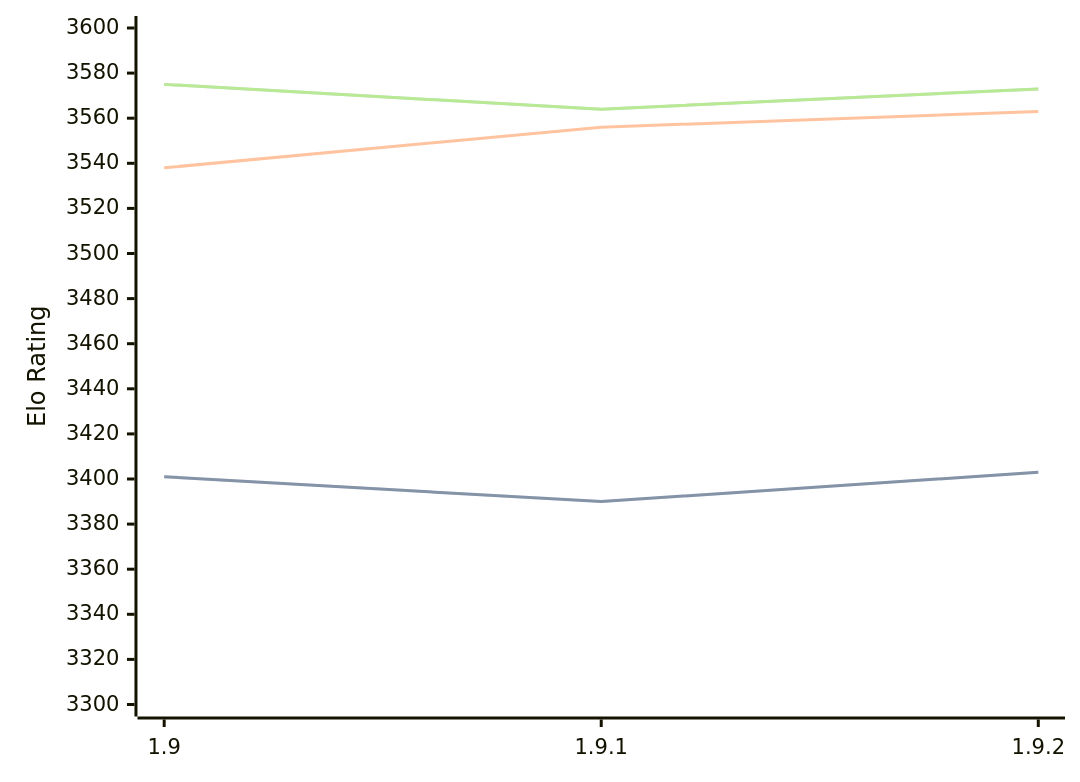
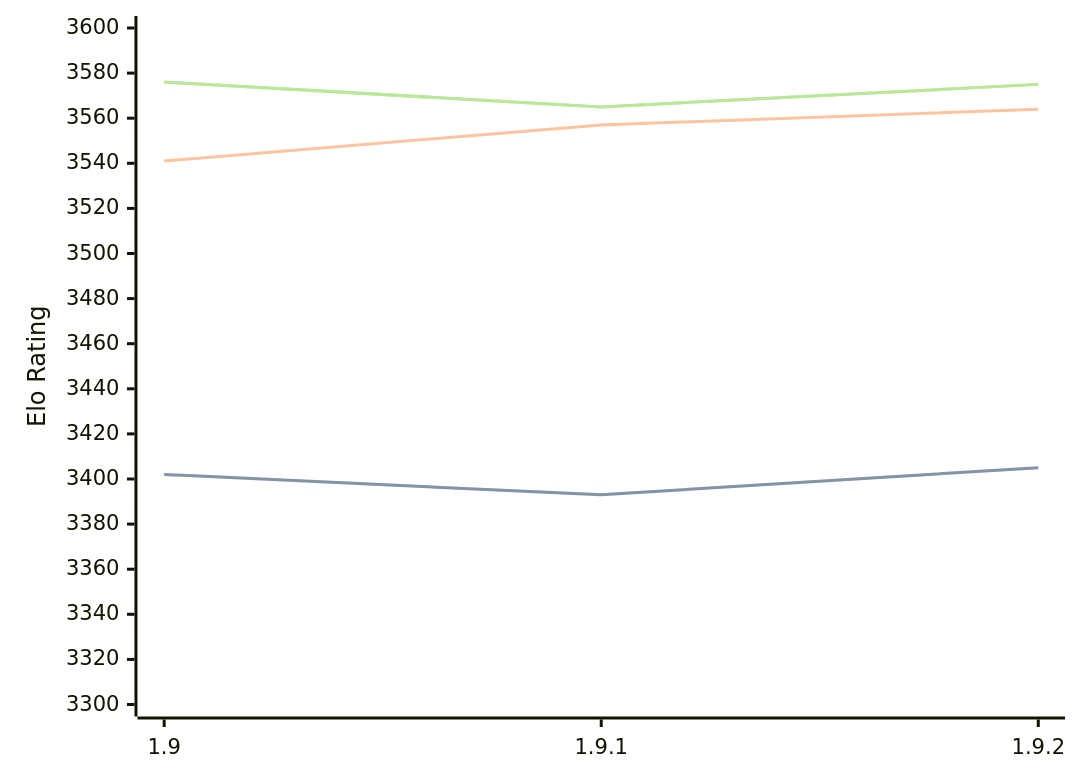
The diagram in engines/Pawnocchio.md (computer-chess-index/cci), drawn with Mermaid before and after one commit. The commit also changed other lines of this file, not shown here.

Commit message:
Update CCI Ratings (ELO VLTC) - 2026-04-11

````diff
--- a/engines/Pawnocchio.md
+++ b/engines/Pawnocchio.md
@@ -48,11 +48,11 @@
 ```mermaid
 %%{init: {"theme":"base","themeVariables":{"seriesColors:['#a3a3a3','#222221','#faa371']}}}%%
 xychart-beta
   x-axis ["1.9", "1.9.1", "1.9.2"]
   y-axis "Elo Rating" 3300 --> 3600
-  line "STC (8.0+0.08s)" [3401, 3390, 3403]
-  line "STC (8.0+0.08s)" [3401, 3390, 3403]
-  line "LTC (60.0+0.60s)" [3538, 3556, 3563]
-  line "VLTC (2m24s+1.12s)" [3575, 3564, 3573]
-  line "VLTC (2m24s+1.12s)" [3575, 3564, 3573]
+  line "STC (8.0+0.08s)" [3402, 3393, 3405]
+  line "STC (8.0+0.08s)" [3402, 3393, 3405]
+  line "LTC (60.0+0.60s)" [3541, 3557, 3564]
+  line "VLTC (2m24s+1.12s)" [3576, 3565, 3575]
+  line "VLTC (2m24s+1.12s)" [3576, 3565, 3575]
 ```
````
